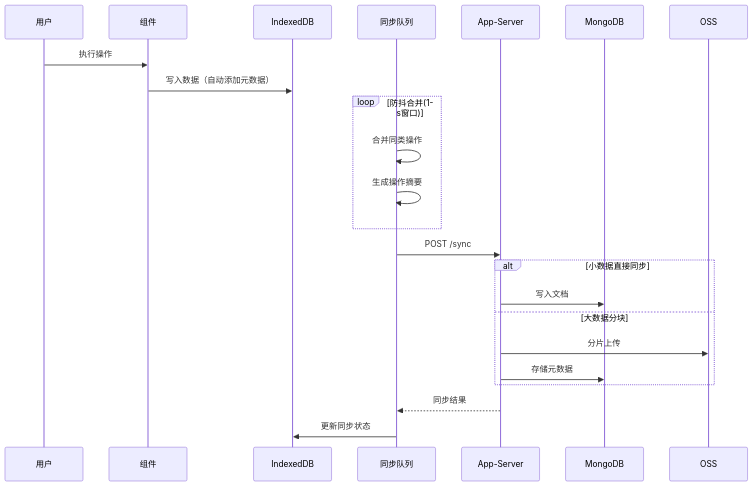
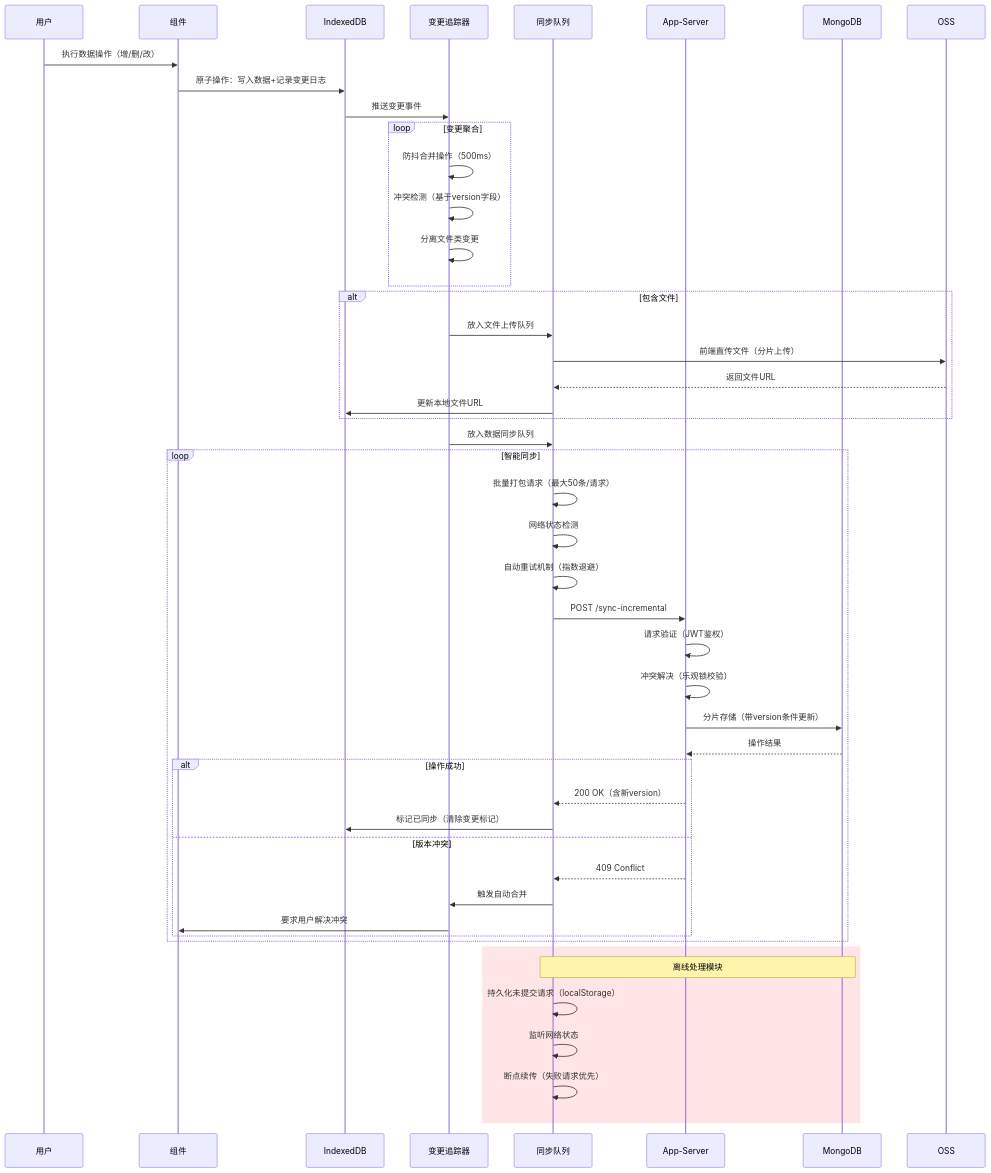
Before and after one commit to yingjianzh/iodraw-files: the diagram in all/未命名-24.md, drawn with Mermaid.

Commit message:
2025-02-21 18:05:42 update

````diff
--- a/all/未命名-24.md
+++ b/all/未命名-24.md
@@ -1,29 +1,58 @@
 ```mermaid
 sequenceDiagram
     participant 用户
     participant 组件
     participant IndexedDB
+    participant 变更追踪器
     participant 同步队列
     participant App-Server
     participant MongoDB
     participant OSS
 
-    用户->>组件: 执行操作
-    组件->>IndexedDB: 写入数据（自动添加元数据）
+    用户->>组件: 执行数据操作（增/删/改）
+    组件->>IndexedDB: 原子操作：写入数据+记录变更日志
+    IndexedDB->>变更追踪器: 推送变更事件
     
-    loop 防抖合并(1s窗口)
-        同步队列->>同步队列: 合并同类操作
-        同步队列->>同步队列: 生成操作摘要
+    loop 变更聚合
+        变更追踪器->>变更追踪器: 防抖合并操作（500ms）
+        变更追踪器->>变更追踪器: 冲突检测（基于version字段）
+        变更追踪器->>变更追踪器: 分离文件类变更
     end
+
+    alt 包含文件
+        变更追踪器->>同步队列: 放入文件上传队列
+        同步队列->>OSS: 前端直传文件（分片上传）
+        OSS-->>同步队列: 返回文件URL
+        同步队列->>IndexedDB: 更新本地文件URL
+    end
+
+    变更追踪器->>同步队列: 放入数据同步队列
     
-    同步队列->>App-Server: POST /sync
-    alt 小数据直接同步
-        App-Server->>MongoDB: 写入文档
-    else 大数据分块
-        App-Server->>OSS: 分片上传
-        App-Server->>MongoDB: 存储元数据
+    loop 智能同步
+        同步队列->>同步队列: 批量打包请求（最大50条/请求）
+        同步队列->>同步队列: 网络状态检测
+        同步队列->>同步队列: 自动重试机制（指数退避）
+        
+        同步队列->>App-Server: POST /sync-incremental
+        App-Server->>App-Server: 请求验证（JWT鉴权）
+        App-Server->>App-Server: 冲突解决（乐观锁校验）
+        App-Server->>MongoDB: 分片存储（带version条件更新）
+        MongoDB-->>App-Server: 操作结果
+        alt 操作成功
+            App-Server-->>同步队列: 200 OK（含新version）
+            同步队列->>IndexedDB: 标记已同步（清除变更标记）
+        else 版本冲突
+            App-Server-->>同步队列: 409 Conflict
+            同步队列->>变更追踪器: 触发自动合并
+            变更追踪器->>组件: 要求用户解决冲突
+        end
     end
-    
-    App-Server-->>同步队列: 同步结果
-    同步队列->>IndexedDB: 更新同步状态
+
+    %% 离线处理流程
+    rect rgba(255,0,0,0.1)
+        Note over 同步队列,MongoDB: 离线处理模块
+        同步队列->>同步队列: 持久化未提交请求（localStorage）
+        同步队列->>同步队列: 监听网络状态
+        同步队列->>同步队列: 断点续传（失败请求优先）
+    end
 ```
````
